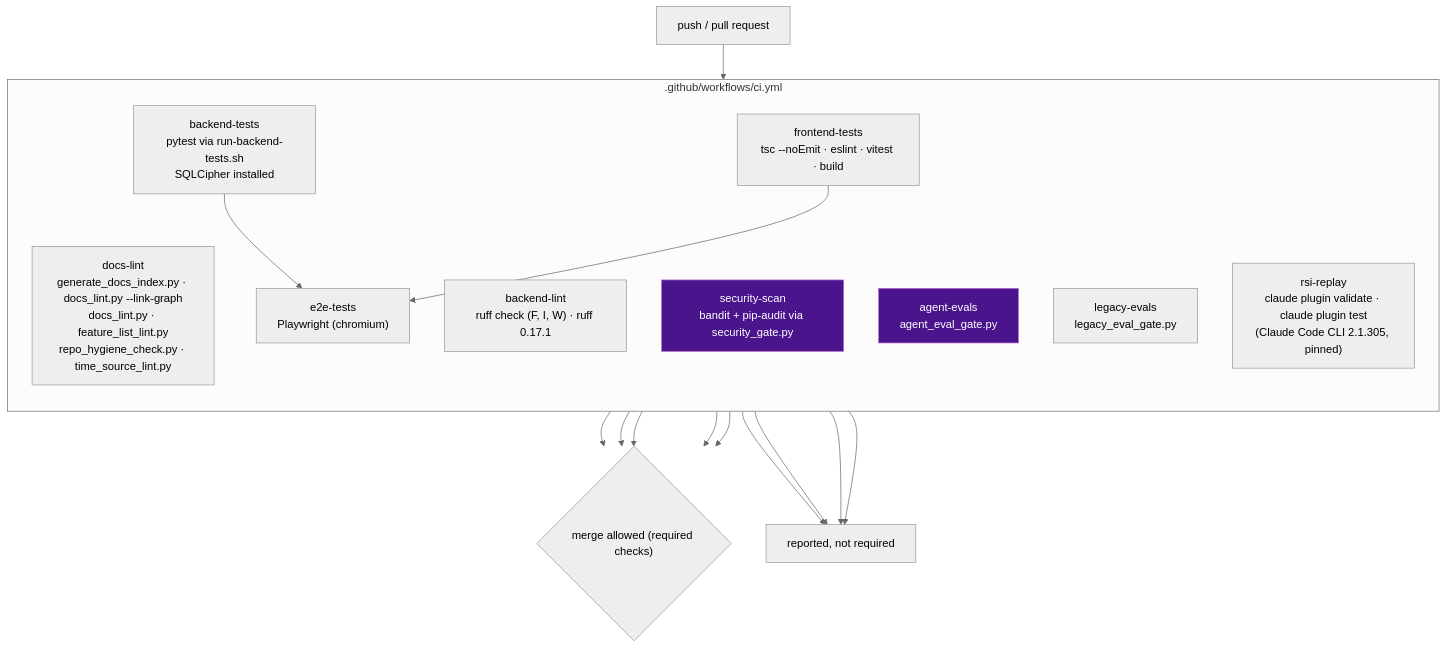
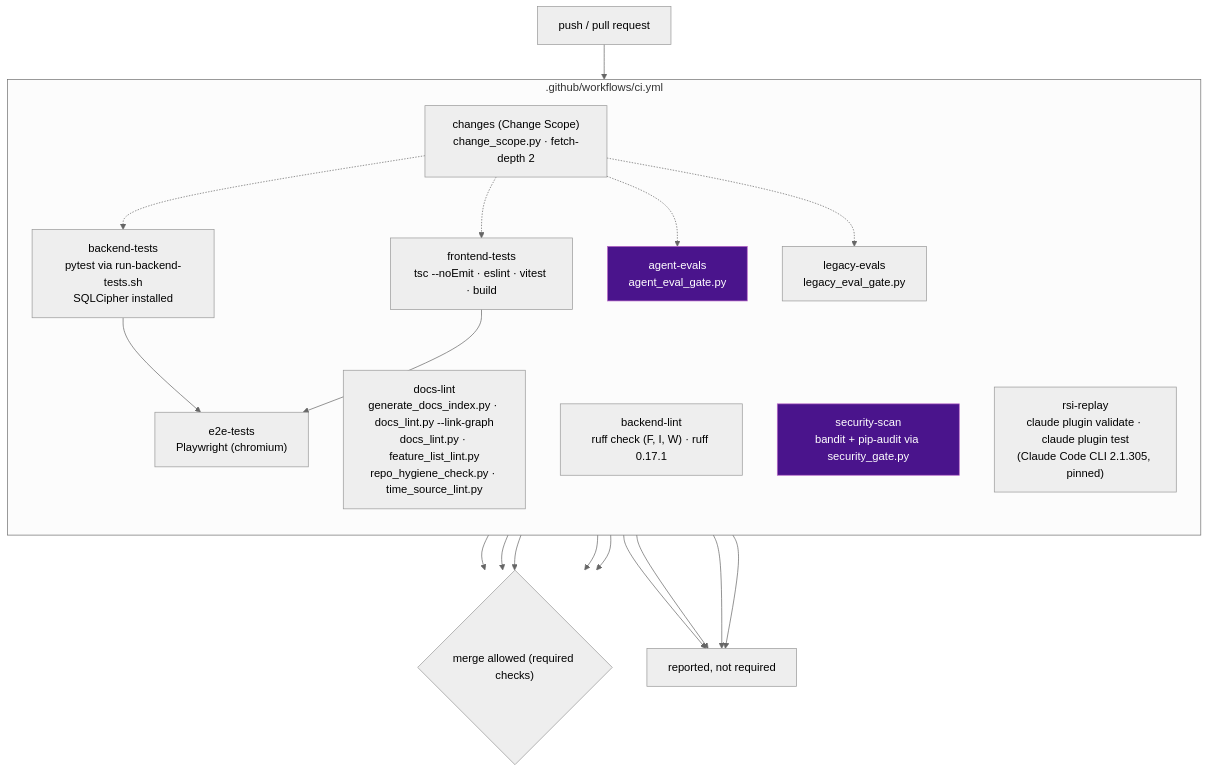
One commit to BrooklynD23/HealthCentral changed the diagram in docs/architecture/ci-and-quality-gates.md. Above: the diagram before and after it, drawn with Mermaid (neutral theme). The commit also changed other lines of this file and 4 other files, not shown here.

````diff
--- a/docs/architecture/ci-and-quality-gates.md
+++ b/docs/architecture/ci-and-quality-gates.md
@@ -11,34 +11,39 @@
 ```mermaid
 flowchart TD
     PUSH["push / pull request"] --> JOBS
 
     subgraph JOBS[".github/workflows/ci.yml"]
         direction TB
+        CHG["changes (Change Scope)<br/>change_scope.py · fetch-depth 2"]
         DOCS["docs-lint<br/>generate_docs_index.py · docs_lint.py --link-graph<br/>docs_lint.py · feature_list_lint.py<br/>repo_hygiene_check.py · time_source_lint.py"]
         BE["backend-tests<br/>pytest via run-backend-tests.sh<br/>SQLCipher installed"]
         LINT["backend-lint<br/>ruff check (F, I, W) · ruff 0.17.1"]
         FE["frontend-tests<br/>tsc --noEmit · eslint · vitest · build"]
         SEC["security-scan<br/>bandit + pip-audit via security_gate.py"]
         EVAL["agent-evals<br/>agent_eval_gate.py"]
         LEGACY["legacy-evals<br/>legacy_eval_gate.py"]
         E2E["e2e-tests<br/>Playwright (chromium)"]
         RSI["rsi-replay<br/>claude plugin validate · claude plugin test<br/>(Claude Code CLI 2.1.305, pinned)"]
     end
 
+    CHG -.-> BE
+    CHG -.-> FE
+    CHG -.-> EVAL
+    CHG -.-> LEGACY
     BE --> E2E
     FE --> E2E
 
     DOCS --> MERGE{"merge allowed (required checks)"}
     BE --> MERGE
     FE --> MERGE
     SEC --> MERGE
     EVAL --> MERGE
 
     LINT --> REPORTED["reported, not required"]
     LEGACY --> REPORTED
     E2E --> REPORTED
     RSI --> REPORTED
 
     style EVAL fill:#4a148c,stroke:#ba68c8,color:#fff
     style SEC fill:#4a148c,stroke:#ba68c8,color:#fff
 ```
````
